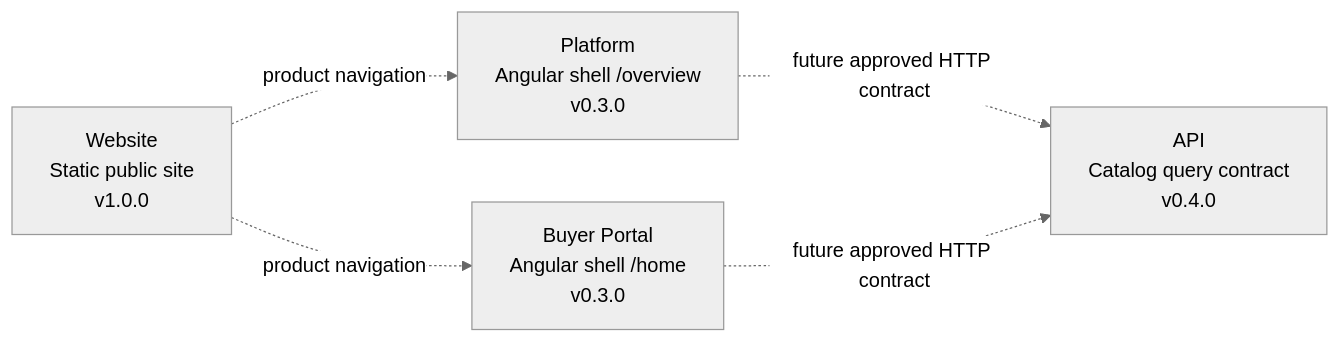
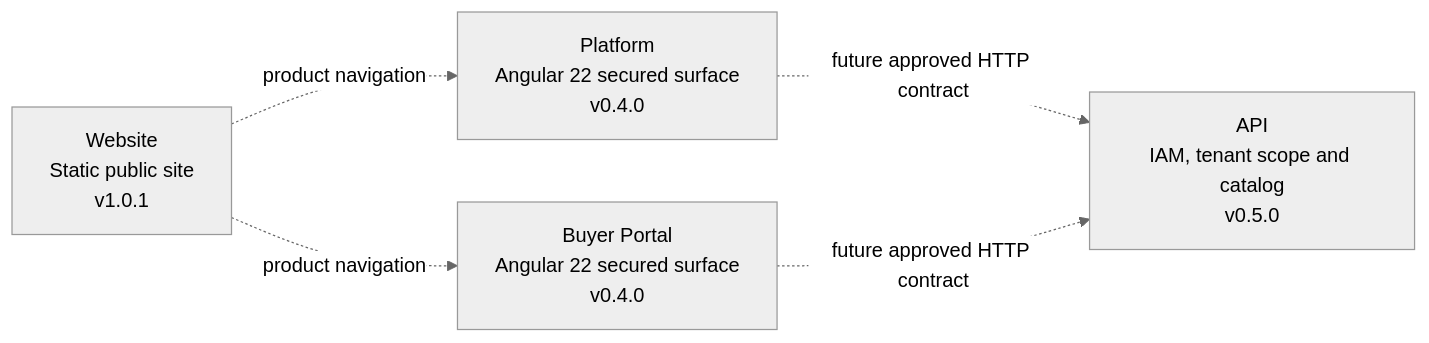
One commit to nexa-suite/platform changed the diagram in README.md. Above: the diagram before and after it, drawn with Mermaid (neutral theme). The commit also changed other lines of this file and 3 other files, not shown here.

````diff
--- a/README.md
+++ b/README.md
@@ -29,12 +29,12 @@
 ```mermaid
 flowchart LR
-    Website["Website<br/>Static public site<br/>v1.0.0"]
-    Platform["Platform<br/>Angular shell /overview<br/>v0.3.0"]
-    Portal["Buyer Portal<br/>Angular shell /home<br/>v0.3.0"]
-    API["API<br/>Catalog query contract<br/>v0.4.0"]
+    Website["Website<br/>Static public site<br/>v1.0.1"]
+    Platform["Platform<br/>Angular 22 secured surface<br/>v0.4.0"]
+    Portal["Buyer Portal<br/>Angular 22 secured surface<br/>v0.4.0"]
+    API["API<br/>IAM, tenant scope and catalog<br/>v0.5.0"]
 
     Website -. "product navigation" .-> Platform
     Website -. "product navigation" .-> Portal
     Platform -. "future approved HTTP contract" .-> API
     Portal -. "future approved HTTP contract" .-> API
 ```
````
